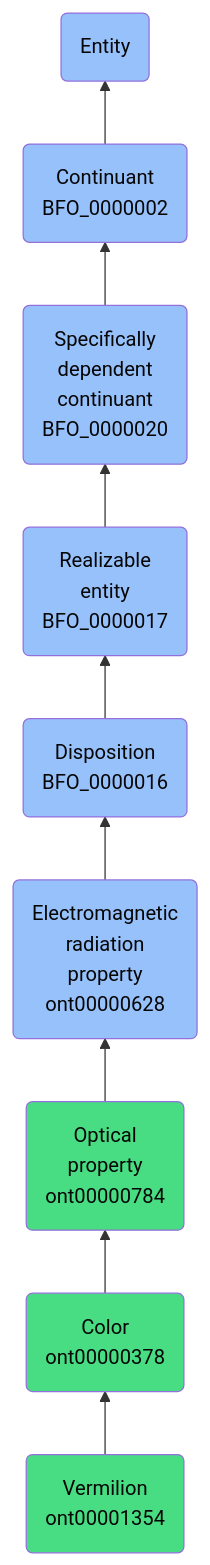
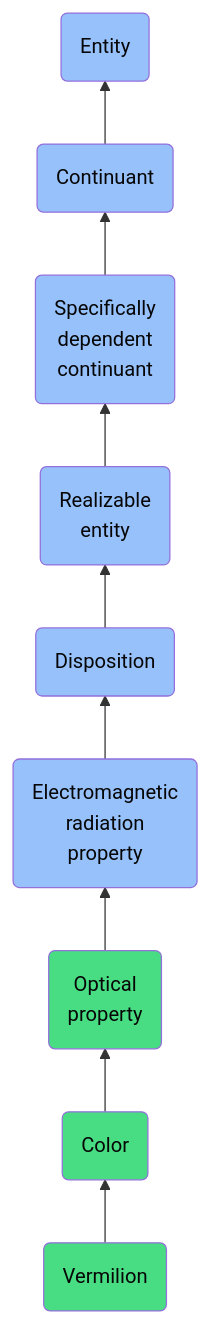
Before and after one commit to jupyter-naas/abi: the diagram in docs/ontology/reference/model/Entity/Continuant/Specifically dependent continuant/Realizable entity/Disposition/Electromagnetic radiation property/Optical property/Color/Vermilion/Vermilion.md, drawn with Mermaid. The commit also changed other lines of this file and 1430 other files, not shown here.

````diff
--- a/docs/ontology/reference/model/Entity/Continuant/Specifically dependent continuant/Realizable entity/Disposition/Electromagnetic radiation property/Optical property/Color/Vermilion/Vermilion.md
+++ b/docs/ontology/reference/model/Entity/Continuant/Specifically dependent continuant/Realizable entity/Disposition/Electromagnetic radiation property/Optical property/Color/Vermilion/Vermilion.md
@@ -24,16 +24,16 @@
 ```mermaid
 graph BT
-    ont00001354(Vermilion<br>ont00001354):::ABI-->ont00000378
-    ont00000378(Color<br>ont00000378):::ABI-->ont00000784
-    ont00000784(Optical<br>property<br>ont00000784):::ABI-->ont00000628
-    ont00000628(Electromagnetic<br>radiation<br>property<br>ont00000628):::BFO-->BFO_0000016
-    BFO_0000016(Disposition<br>BFO_0000016):::BFO-->BFO_0000017
-    BFO_0000017(Realizable<br>entity<br>BFO_0000017):::BFO-->BFO_0000020
-    BFO_0000020(Specifically<br>dependent<br>continuant<br>BFO_0000020):::BFO-->BFO_0000002
-    BFO_0000002(Continuant<br>BFO_0000002):::BFO-->BFO_0000001
+    ont00001354(Vermilion):::ABI-->ont00000378
+    ont00000378(Color):::ABI-->ont00000784
+    ont00000784(Optical<br>property):::ABI-->ont00000628
+    ont00000628(Electromagnetic<br>radiation<br>property):::BFO-->BFO_0000016
+    BFO_0000016(Disposition):::BFO-->BFO_0000017
+    BFO_0000017(Realizable<br>entity):::BFO-->BFO_0000020
+    BFO_0000020(Specifically<br>dependent<br>continuant):::BFO-->BFO_0000002
+    BFO_0000002(Continuant):::BFO-->BFO_0000001
     BFO_0000001(Entity):::BFO
     
     classDef BFO fill:#97c1fb,color:#060606
     classDef CCO fill:#e4c51e,color:#060606
     classDef ABI fill:#48DD82,color:#060606
 ```
````
